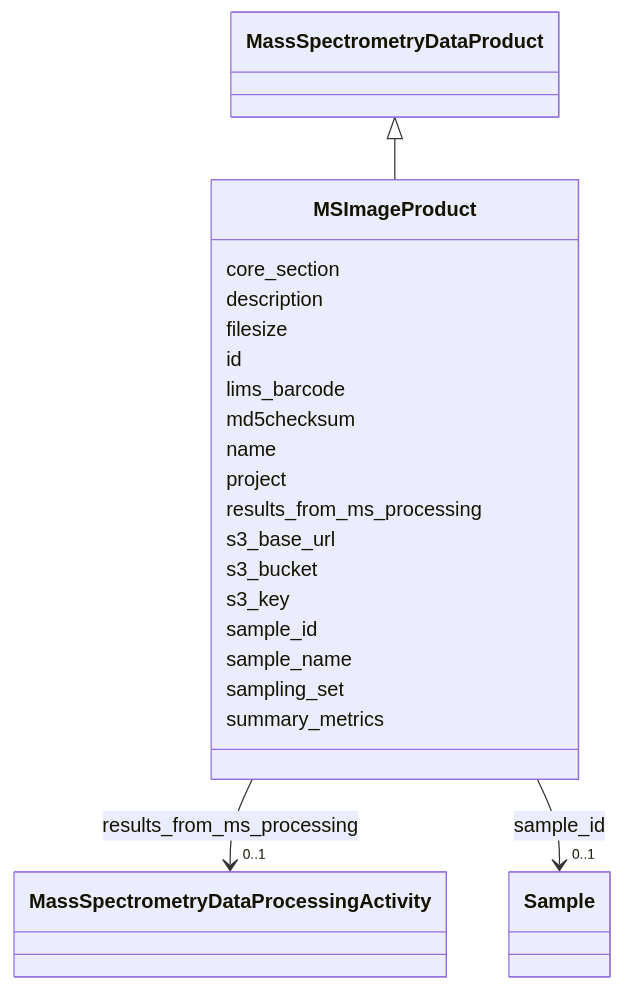
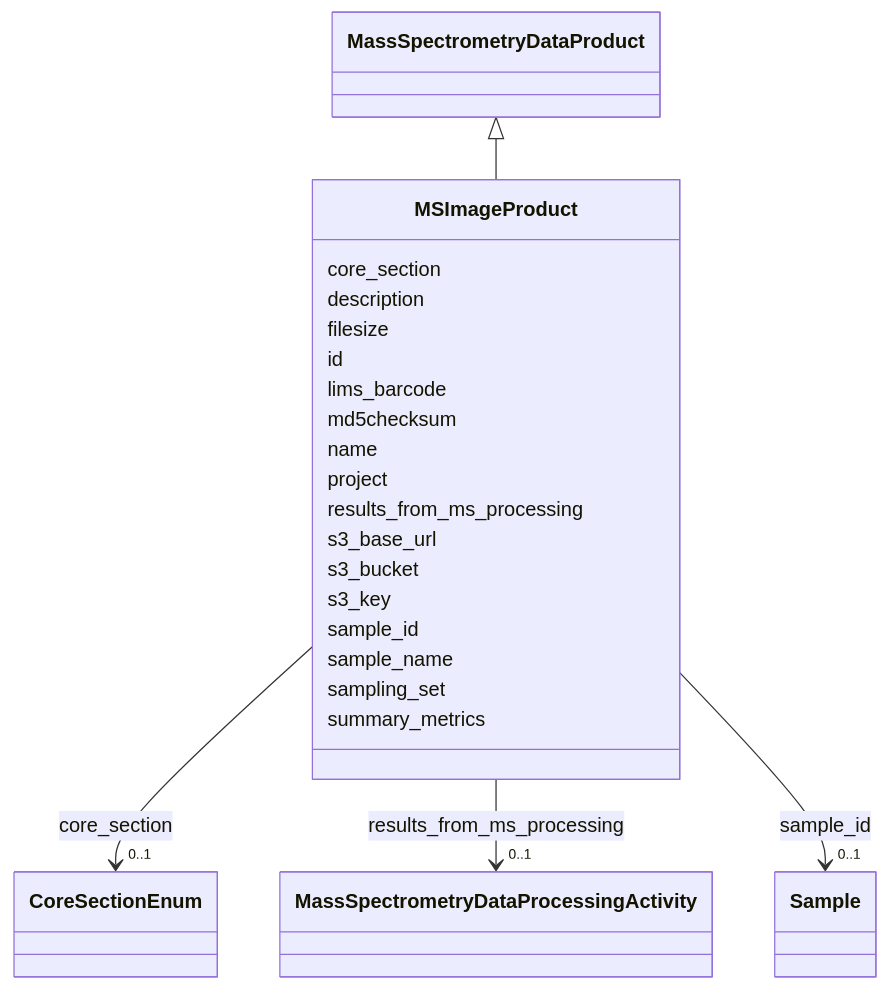
Before and after one commit to EMSL-Computing/BASALT-Schema: the diagram in docs/elements/MSImageProduct.md, drawn with Mermaid. The commit also changed other lines of this file and 388 other files, not shown here.

````diff
--- a/docs/elements/MSImageProduct.md
+++ b/docs/elements/MSImageProduct.md
@@ -19,66 +19,76 @@
 ```mermaid
  classDiagram
     class MSImageProduct
     click MSImageProduct href "../MSImageProduct"
       MassSpectrometryDataProduct <|-- MSImageProduct
         click MassSpectrometryDataProduct href "../MassSpectrometryDataProduct"
       
       MSImageProduct : core_section
+        
+          
+    
+    
+    
+    
+    MSImageProduct --> "0..1" CoreSectionEnum : core_section
+    click CoreSectionEnum href "../CoreSectionEnum"
+    
+
         
       MSImageProduct : description
         
       MSImageProduct : filesize
         
       MSImageProduct : id
         
           
     
     
 
         
       MSImageProduct : lims_barcode
         
       MSImageProduct : md5checksum
         
       MSImageProduct : name
         
       MSImageProduct : project
         
       MSImageProduct : results_from_ms_processing
         
           
     
     
     
     
     MSImageProduct --> "0..1" MassSpectrometryDataProcessingActivity : results_from_ms_processing
     click MassSpectrometryDataProcessingActivity href "../MassSpectrometryDataProcessingActivity"
     
 
         
       MSImageProduct : s3_base_url
         
       MSImageProduct : s3_bucket
         
       MSImageProduct : s3_key
         
       MSImageProduct : sample_id
         
           
     
     
     
     
     MSImageProduct --> "0..1" Sample : sample_id
     click Sample href "../Sample"
     
 
         
       MSImageProduct : sample_name
         
       MSImageProduct : sampling_set
         
       MSImageProduct : summary_metrics
         
       
 ```
````
